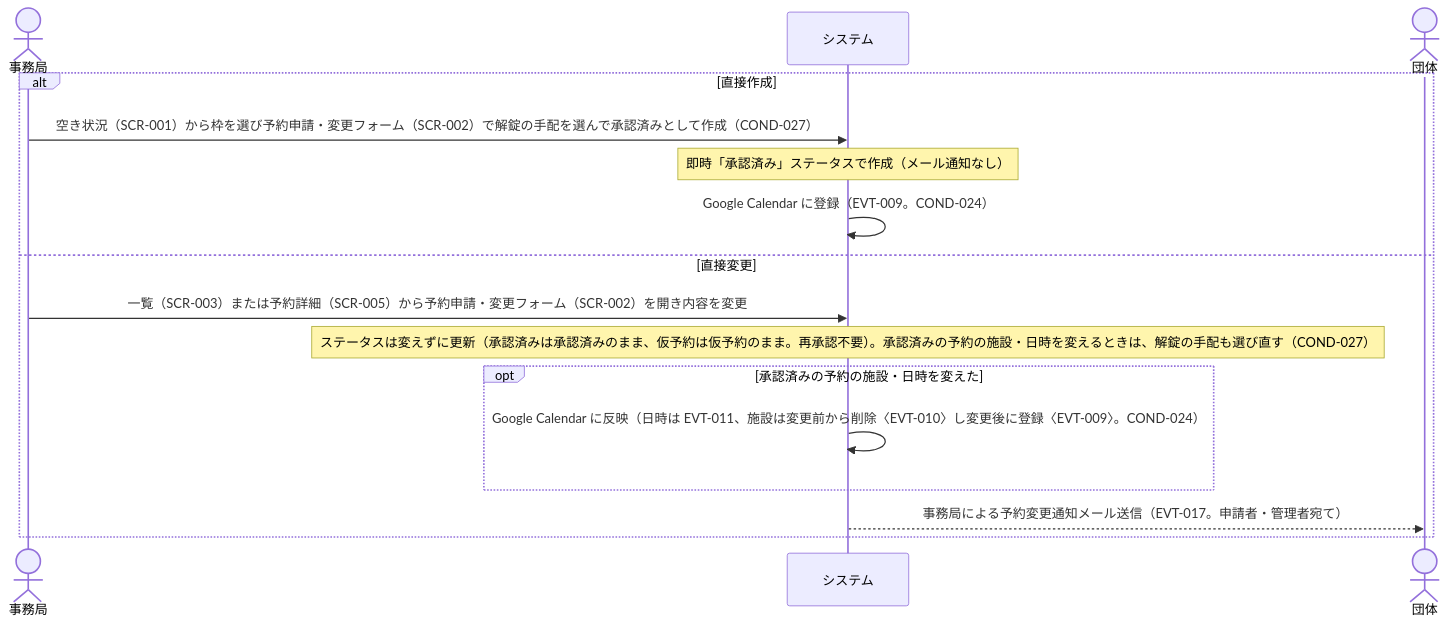
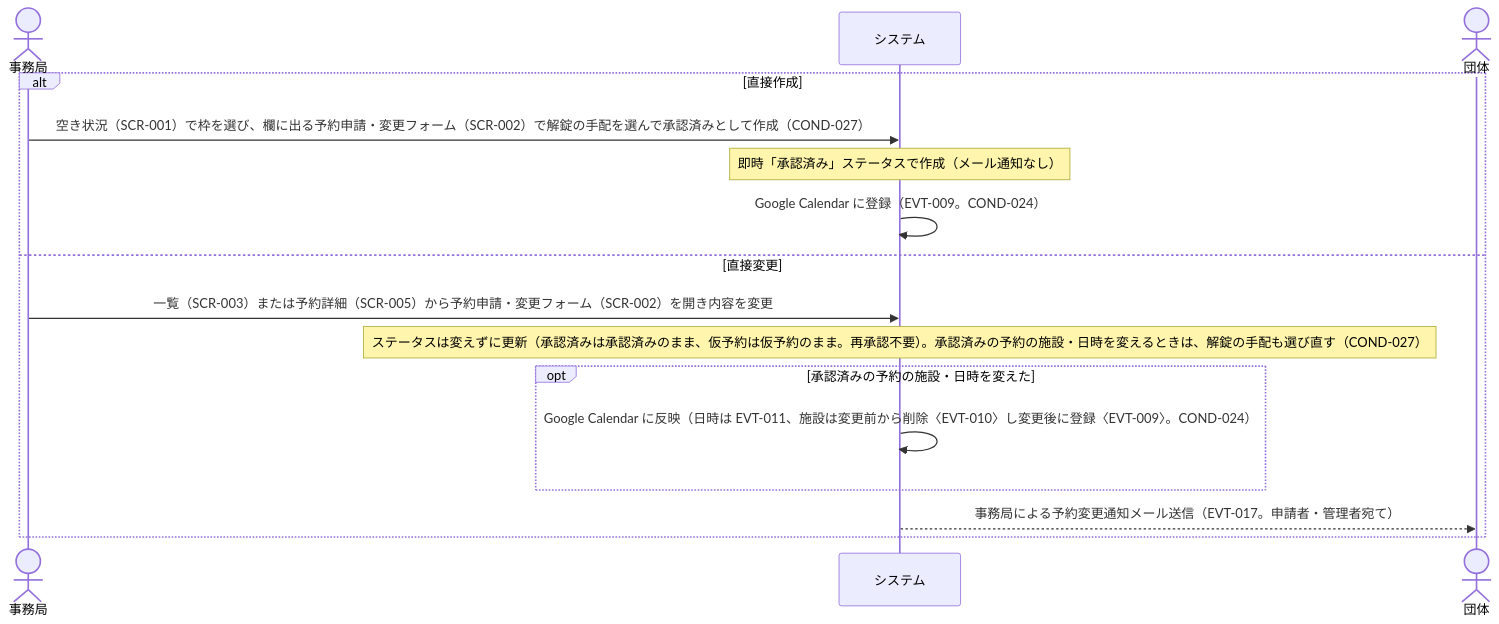
The fourth of 6 diagrams in rdra/contexts/reservation-approval.md (gdsc-osaka/iclub-reserve), drawn with Mermaid before and after one commit. The commit also changed 4 other files, not shown here.

````diff
--- a/rdra/contexts/reservation-approval.md
+++ b/rdra/contexts/reservation-approval.md
@@ -303,19 +303,19 @@
 ```mermaid
 sequenceDiagram
     actor 事務局
     participant システム
     actor 団体
 
     alt 直接作成
-        事務局->>システム: 空き状況（SCR-001）から枠を選び予約申請・変更フォーム（SCR-002）で解錠の手配を選んで承認済みとして作成（COND-027）
+        事務局->>システム: 空き状況（SCR-001）で枠を選び、欄に出る予約申請・変更フォーム（SCR-002）で解錠の手配を選んで承認済みとして作成（COND-027）
         Note over システム: 即時「承認済み」ステータスで作成（メール通知なし）
         システム->>システム: Google Calendar に登録（EVT-009。COND-024）
     else 直接変更
         事務局->>システム: 一覧（SCR-003）または予約詳細（SCR-005）から予約申請・変更フォーム（SCR-002）を開き内容を変更
         Note over システム: ステータスは変えずに更新（承認済みは承認済みのまま、仮予約は仮予約のまま。再承認不要）。承認済みの予約の施設・日時を変えるときは、解錠の手配も選び直す（COND-027）
         opt 承認済みの予約の施設・日時を変えた
             システム->>システム: Google Calendar に反映（日時は EVT-011、施設は変更前から削除〈EVT-010〉し変更後に登録〈EVT-009〉。COND-024）
         end
         システム-->>団体: 事務局による予約変更通知メール送信（EVT-017。申請者・管理者宛て）
     end
 ```
````
